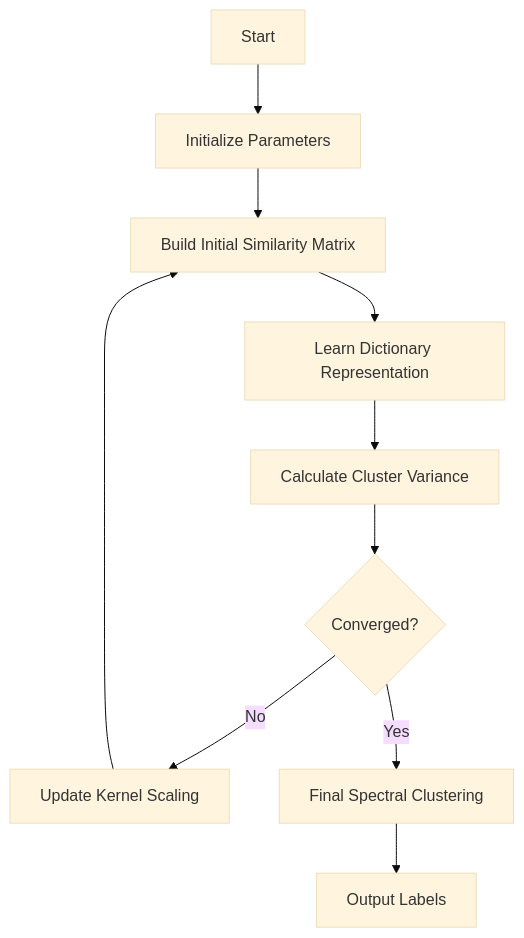
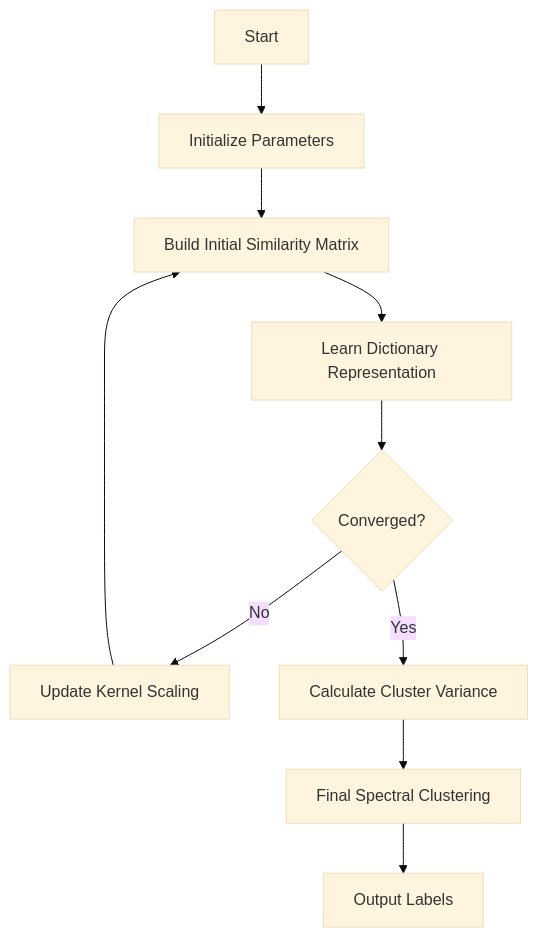
One commit to xianzeqiang/Adaptive-Spectral-Clustering changed the diagram in README.md. Above: the diagram before and after it, drawn with Mermaid (base theme).

````diff
--- a/README.md
+++ b/README.md
@@ -83,12 +83,12 @@
 ```mermaid
 flowchart TD
     A[Start] --> B[Initialize Parameters]
     B --> C[Build Initial Similarity Matrix]
     C --> D[Learn Dictionary Representation]
-    D --> E[Calculate Cluster Variance]
-    E --> F{Converged?}
-    F -->|No| G[Update Kernel Scaling]
-    G --> C
-    F -->|Yes| H[Final Spectral Clustering]
+    D --> E{Converged?}
+    E -->|No| F[Update Kernel Scaling]
+    F --> C
+    E --> |Yes|G[Calculate Cluster Variance]
+    G --> H[Final Spectral Clustering]
     H --> I[Output Labels]
 ```
````
